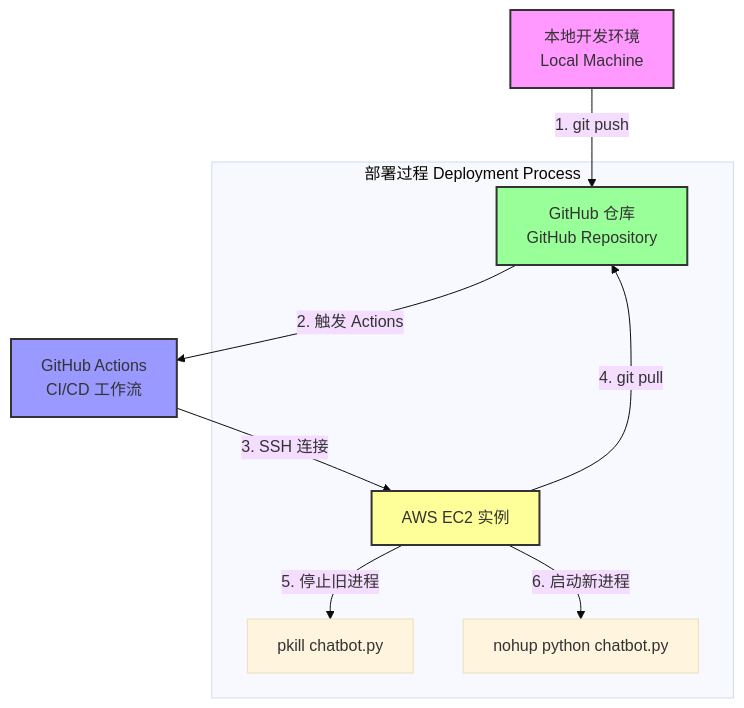
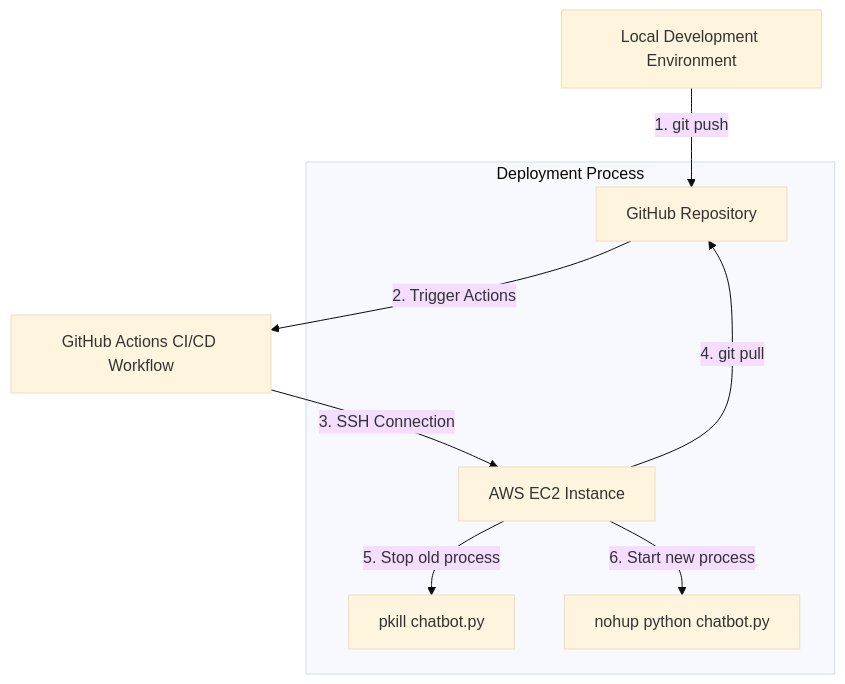
Before and after one commit to WANG-K-Alan/COMP7940-lab: the diagram in README.md, drawn with Mermaid (base theme).

Commit message:
Translate README.md content to English

````diff
--- a/README.md
+++ b/README.md
@@ -1,17 +1,12 @@
 ```mermaid
 graph TD
-    A[本地开发环境<br/>Local Machine] -->|1. git push| B[GitHub 仓库<br/>GitHub Repository]
-    B -->|2. 触发 Actions| C[GitHub Actions<br/>CI/CD 工作流]
-    C -->|3. SSH 连接| D[AWS EC2 实例]
+    A[Local Development Environment] -->|1. git push| B[GitHub Repository]
+    B -->|2. Trigger Actions| C[GitHub Actions CI/CD Workflow]
+    C -->|3. SSH Connection| D[AWS EC2 Instance]
     
-    subgraph E[部署过程 Deployment Process]
+    subgraph E[Deployment Process]
         D -->|4. git pull| B
-        D -->|5. 停止旧进程| F[pkill chatbot.py]
-        D -->|6. 启动新进程| G[nohup python chatbot.py]
+        D -->|5. Stop old process| F[pkill chatbot.py]
+        D -->|6. Start new process| G[nohup python chatbot.py]
     end
-    
-    style A fill:#f9f,stroke:#333,stroke-width:2px
-    style B fill:#9f9,stroke:#333,stroke-width:2px
-    style C fill:#99f,stroke:#333,stroke-width:2px
-    style D fill:#ff9,stroke:#333,stroke-width:2px
 ```
````
